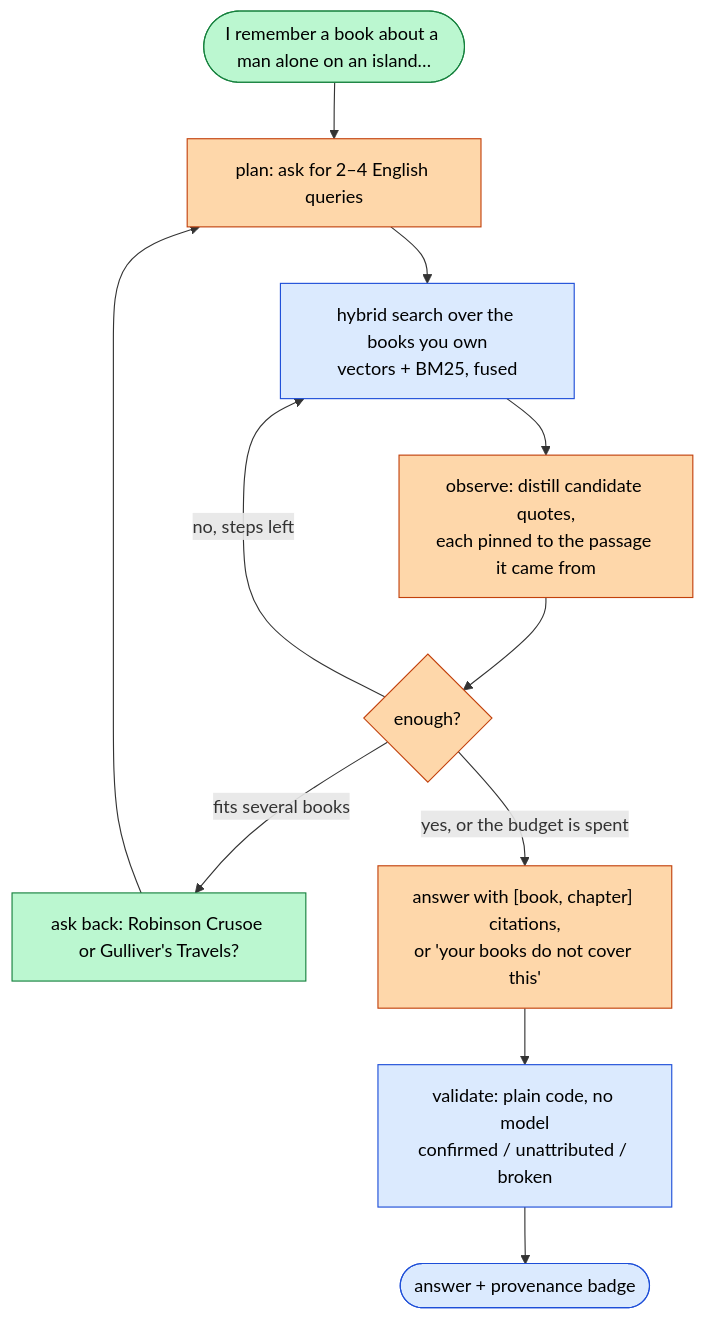
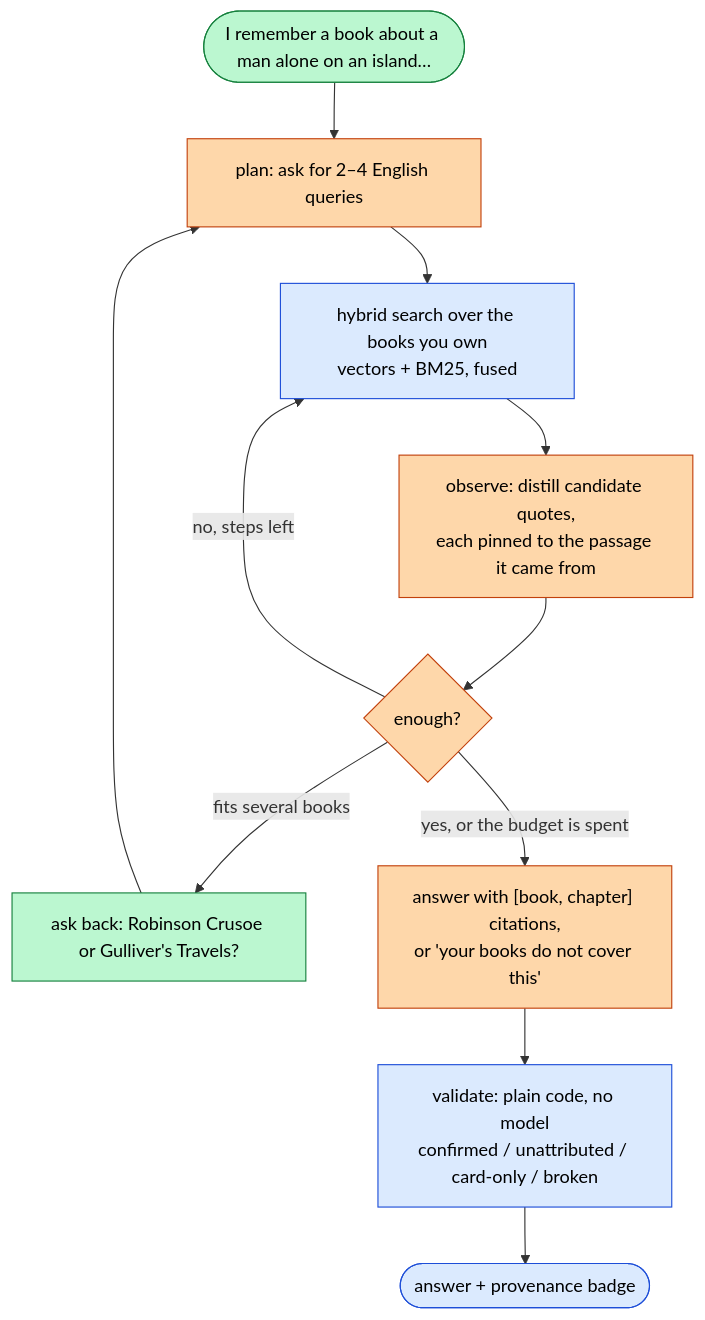
Before and after one commit to ievgen-borysenko/ask-your-library: the diagram in README.md, drawn with Mermaid. The commit also changed other lines of this file and 9 other files, not shown here.

````diff
--- a/README.md
+++ b/README.md
@@ -38,17 +41,17 @@
 ```mermaid
 flowchart TB
     Q(["I remember a book about a man alone on an island…"]):::human
     Q --> P["plan: ask for 2–4 English queries"]:::ai
     P --> A["hybrid search over the books you own<br/>vectors + BM25, fused"]:::code
     A --> O["observe: distill candidate quotes,<br/>each pinned to the passage it came from"]:::ai
     O --> R{"enough?"}:::ai
     R -->|"no, steps left"| A
     R -->|"fits several books"| C["ask back: Robinson Crusoe or Gulliver's Travels?"]:::human
     C --> P
     R -->|"yes, or the budget is spent"| S["answer with [book, chapter] citations,<br/>or 'your books do not cover this'"]:::ai
-    S --> V["validate: plain code, no model<br/>confirmed / unattributed / broken"]:::code
+    S --> V["validate: plain code, no model<br/>confirmed / unattributed / card-only / broken"]:::code
     V --> OUT(["answer + provenance badge"]):::code
     classDef code fill:#dbeafe,stroke:#1d4ed8,color:#000
     classDef ai fill:#fed7aa,stroke:#c2410c,color:#000
     classDef human fill:#bbf7d0,stroke:#15803d,color:#000
 ```
````
